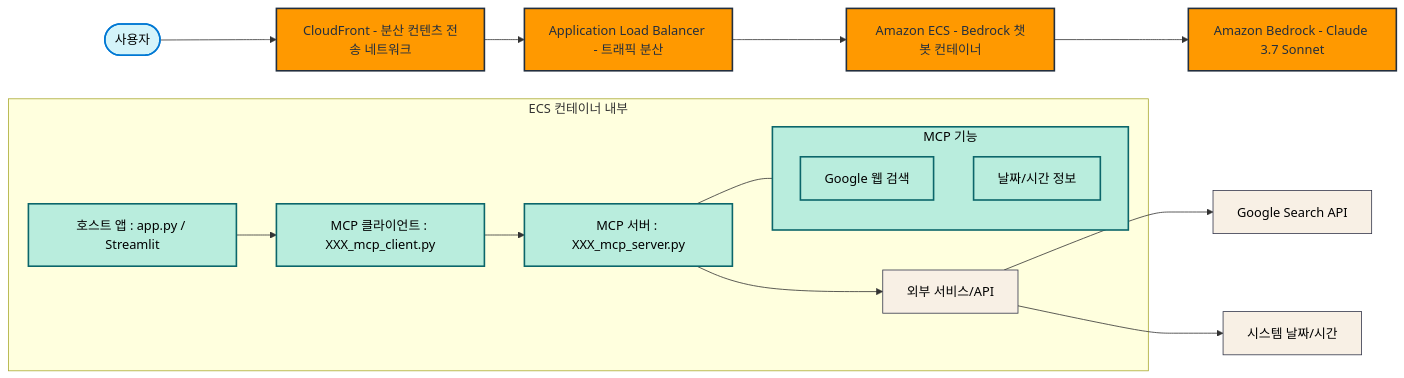
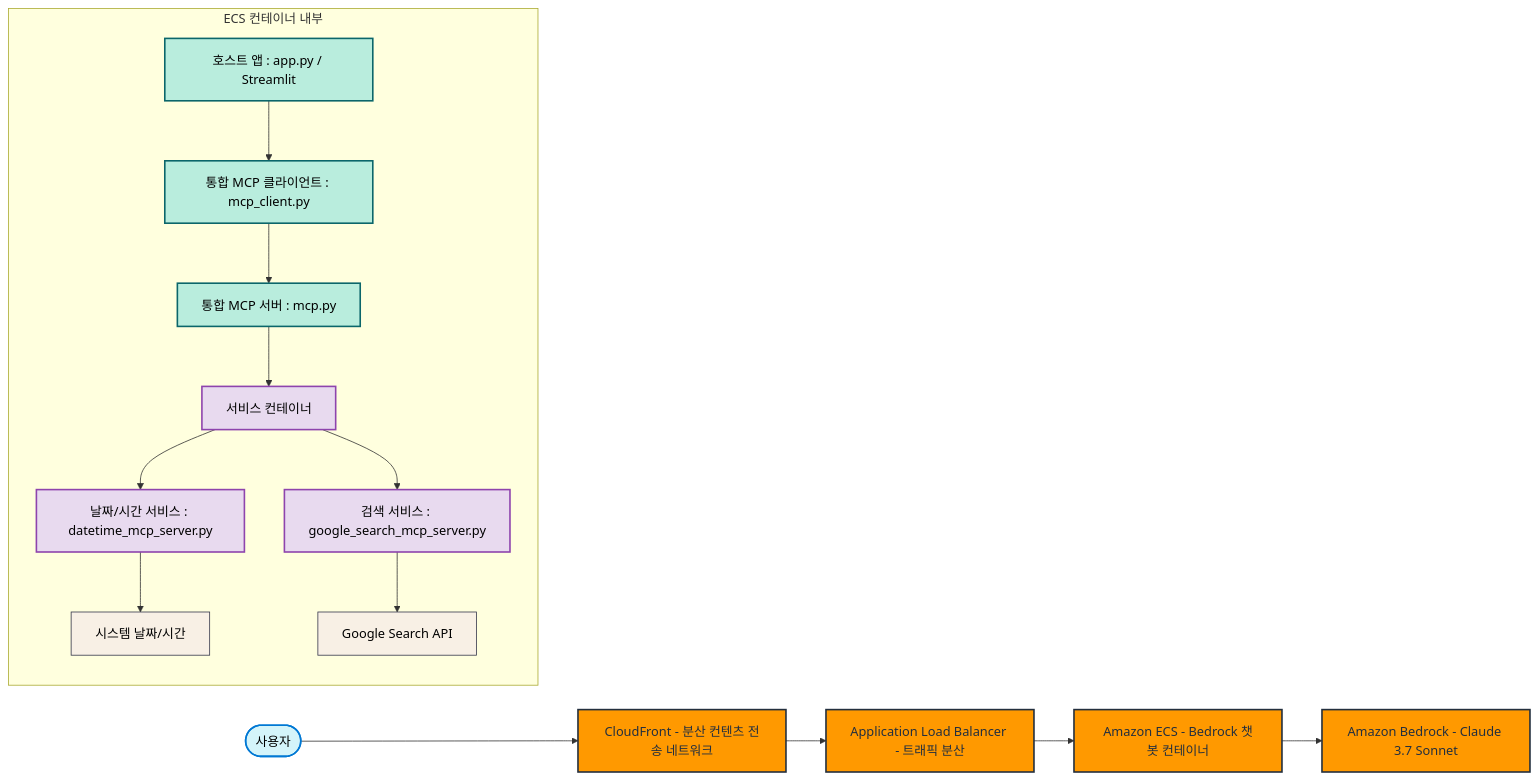
The first of 2 diagrams in CDK-deploy/README.md (jesamkim/simple-bedrock-chatbot), drawn with Mermaid before and after one commit. The commit also changed other lines of this file and 34 other files, not shown here.

````diff
--- a/CDK-deploy/README.md
+++ b/CDK-deploy/README.md
@@ -5,37 +5,37 @@
 ```mermaid
 flowchart LR
     Client([사용자]) --> CloudFront[CloudFront - 분산 컨텐츠 전송 네트워크]
     CloudFront --> ALB[Application Load Balancer - 트래픽 분산]
     ALB --> ECS[Amazon ECS - Bedrock 챗봇 컨테이너]
     
     %% 서브그래프로 ECS 컨테이너 내부 구조 표현
     subgraph ECSContainer[ECS 컨테이너 내부]
-        App[호스트 앱 : app.py / Streamlit] --> MCPClients[MCP 클라이언트 : XXX_mcp_client.py]
-        MCPClients --> MCPServers[MCP 서버 : XXX_mcp_server.py]
-        MCPServers --> ExternalAPIs[외부 서비스/API]
+        App[호스트 앱 : app.py / Streamlit] --> UnifiedClient[통합 MCP 클라이언트 : mcp_client.py]
+        UnifiedClient --> UnifiedServer[통합 MCP 서버 : mcp.py]
+        UnifiedServer --> Services[서비스 컨테이너]
         
-        %% 구체적인 MCP 기능들
-        subgraph MCPFunctions[MCP 기능]
-            GoogleSearch[Google 웹 검색]
-            DateTime[날짜/시간 정보]
-        end
+        %% 서비스들
+        Services --> DTService[날짜/시간 서비스 : datetime_mcp_server.py]
+        Services --> SearchService[검색 서비스 : google_search_mcp_server.py]
         
-        MCPServers --- MCPFunctions
+        %% 외부 API 연결
+        DTService --> SystemTime[시스템 날짜/시간]
+        SearchService --> GoogleAPI[Google Search API]
     end
     
     ECS --> Bedrock[Amazon Bedrock - Claude 3.7 Sonnet]
-    ExternalAPIs --> GoogleAPI[Google Search API]
-    ExternalAPIs --> SystemTime[시스템 날짜/시간]
     
     %% 스타일 정의
     classDef aws fill:#FF9900,stroke:#232F3E,stroke-width:2px,color:#232F3E;
     classDef client fill:#D4F4FA,stroke:#0078D4,stroke-width:2px,color:#000000;
     classDef mcp fill:#B9EDDD,stroke:#0B666A,stroke-width:2px,color:#000000;
+    classDef service fill:#E8DAEF,stroke:#8E44AD,stroke-width:2px,color:#000000;
     classDef external fill:#F8F0E5,stroke:#35374B,stroke-width:1px,color:#000000;
     
     %% 스타일 적용
     class CloudFront,ALB,ECS,Bedrock aws;
     class Client client;
-    class App,MCPClients,MCPServers,MCPFunctions,GoogleSearch,DateTime mcp;
-    class ExternalAPIs,GoogleAPI,SystemTime external;
+    class App,UnifiedClient,UnifiedServer mcp;
+    class Services,DTService,SearchService service;
+    class GoogleAPI,SystemTime external;
 ```
````
